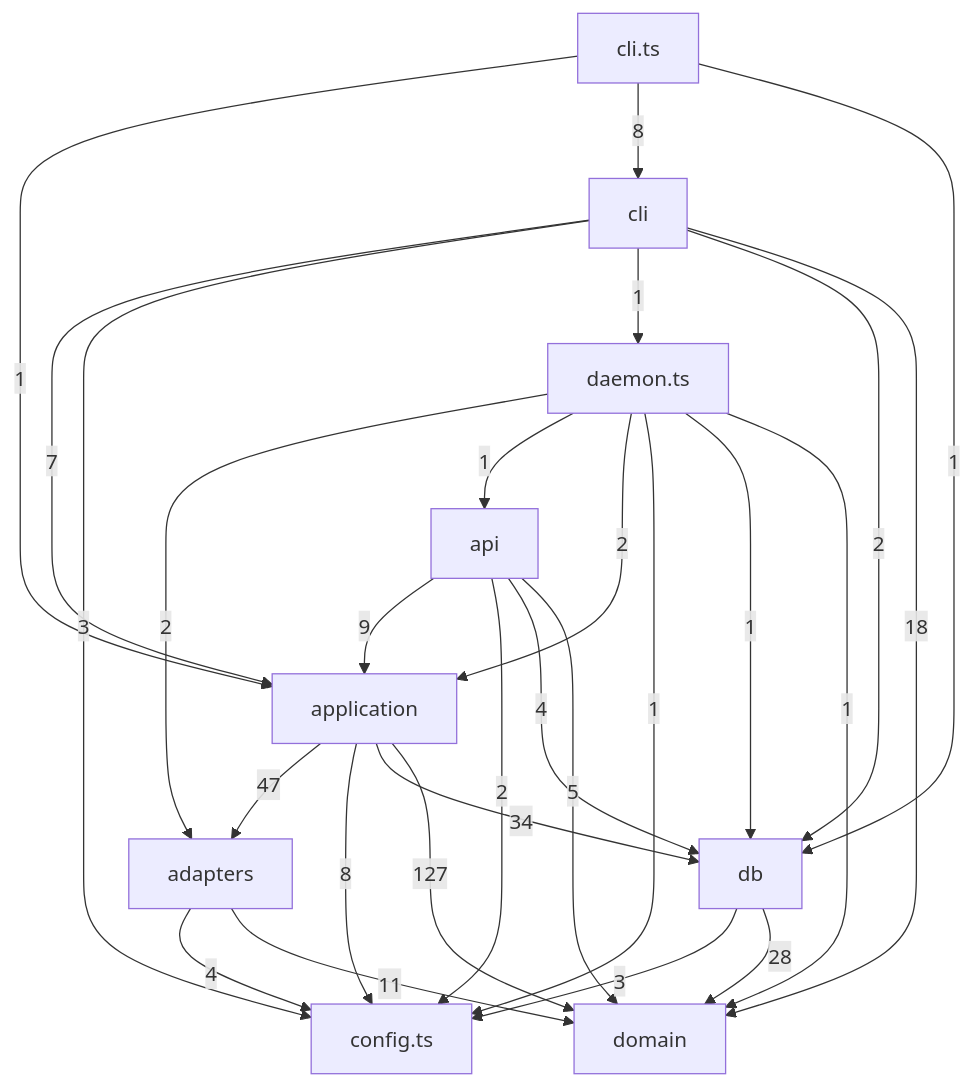
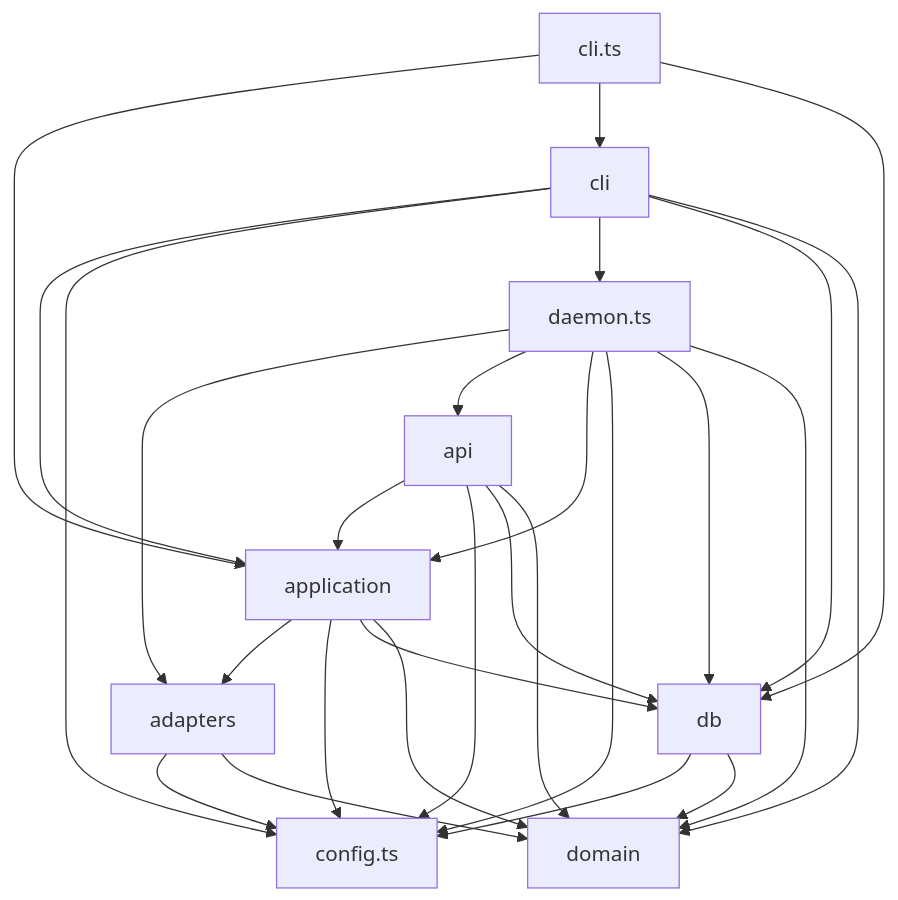
The third of 5 diagrams in docs/architecture.md (tomrobdev/agentdeck), drawn with Mermaid before and after one commit. The commit also changed other lines of this file and 9 other files, not shown here.

````diff
--- a/docs/architecture.md
+++ b/docs/architecture.md
@@ -105,38 +105,38 @@
 ```mermaid
 flowchart TD
   adapters["adapters"]
   api["api"]
   application["application"]
   cli["cli"]
   cli_ts["cli.ts"]
   config_ts["config.ts"]
   daemon_ts["daemon.ts"]
   db["db"]
   domain["domain"]
-  adapters -->|4| config_ts
-  adapters -->|11| domain
-  api -->|9| application
-  api -->|2| config_ts
-  api -->|4| db
-  api -->|5| domain
-  application -->|47| adapters
-  application -->|8| config_ts
-  application -->|34| db
-  application -->|127| domain
-  cli_ts -->|1| application
-  cli_ts -->|8| cli
-  cli_ts -->|1| db
-  cli -->|7| application
-  cli -->|3| config_ts
-  cli -->|1| daemon_ts
-  cli -->|2| db
-  cli -->|18| domain
-  daemon_ts -->|2| adapters
-  daemon_ts -->|1| api
-  daemon_ts -->|2| application
-  daemon_ts -->|1| config_ts
-  daemon_ts -->|1| db
-  daemon_ts -->|1| domain
-  db -->|3| config_ts
-  db -->|28| domain
+  adapters --> config_ts
+  adapters --> domain
+  api --> application
+  api --> config_ts
+  api --> db
+  api --> domain
+  application --> adapters
+  application --> config_ts
+  application --> db
+  application --> domain
+  cli_ts --> application
+  cli_ts --> cli
+  cli_ts --> db
+  cli --> application
+  cli --> config_ts
+  cli --> daemon_ts
+  cli --> db
+  cli --> domain
+  daemon_ts --> adapters
+  daemon_ts --> api
+  daemon_ts --> application
+  daemon_ts --> config_ts
+  daemon_ts --> db
+  daemon_ts --> domain
+  db --> config_ts
+  db --> domain
 ```
````
